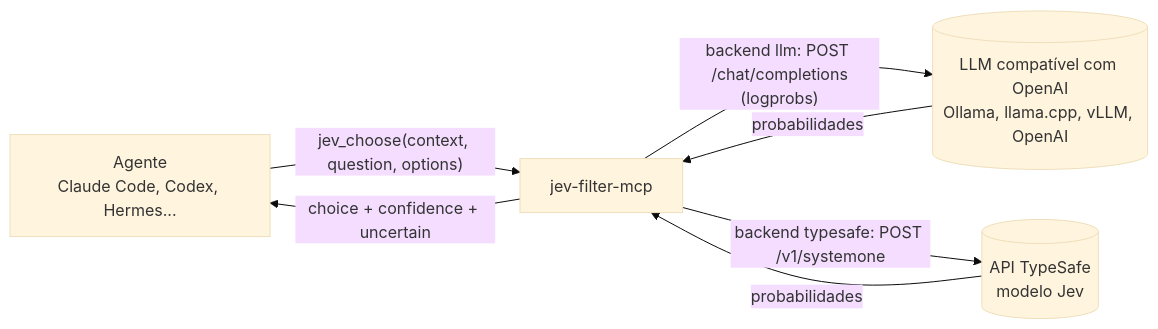
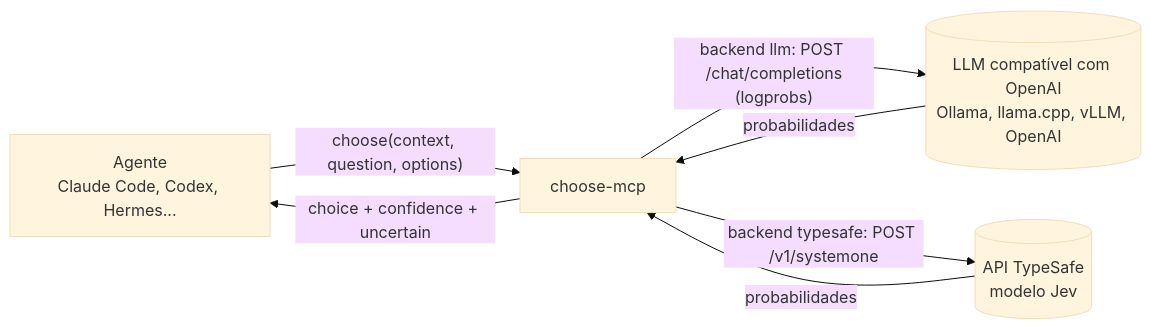
The diagram in README.pt-BR.md (PedroRamosPereira/choose-mcp), drawn with Mermaid (base theme) before and after one commit. The commit also changed other lines of this file and 7 other files, not shown here.

First line of the commit message:
Rename project to choose-mcp

````diff
--- a/README.pt-BR.md
+++ b/README.pt-BR.md
@@ -75,9 +75,9 @@
 ```mermaid
 flowchart LR
-    A[Agente<br/>Claude Code, Codex, Hermes...] -- "jev_choose(context, question, options)" --> S[jev-filter-mcp]
+    A[Agente<br/>Claude Code, Codex, Hermes...] -- "choose(context, question, options)" --> S[choose-mcp]
     S -- "backend llm: POST /chat/completions<br/>(logprobs)" --> L[(LLM compatível com OpenAI<br/>Ollama, llama.cpp, vLLM, OpenAI)]
     S -- "backend typesafe: POST /v1/systemone" --> J[(API TypeSafe<br/>modelo Jev)]
     L -- probabilidades --> S
     J -- probabilidades --> S
     S -- "choice + confidence + uncertain" --> A
 ```
````
